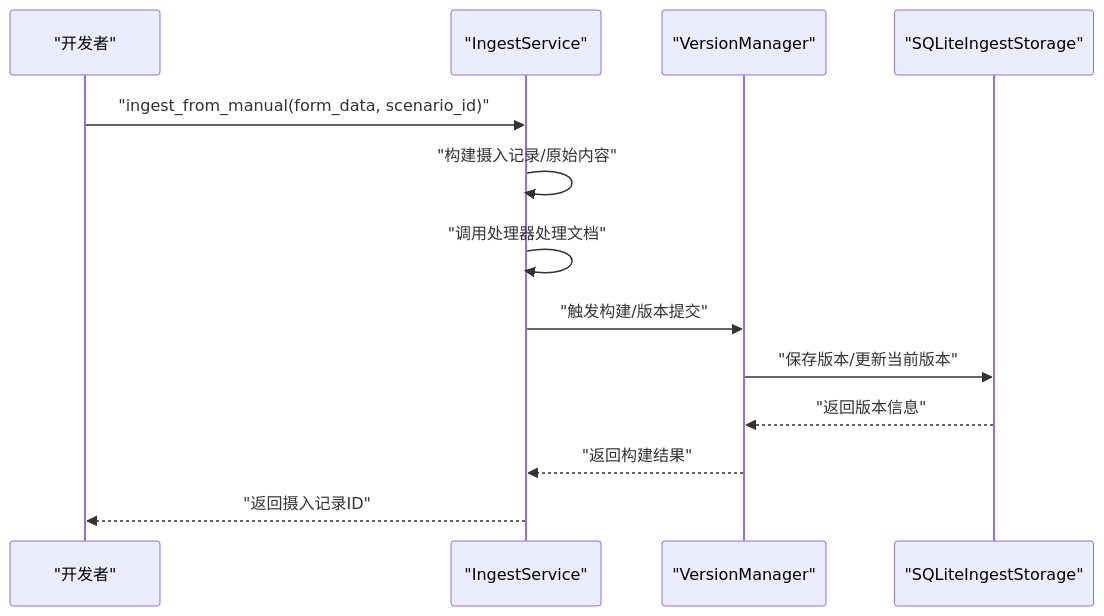
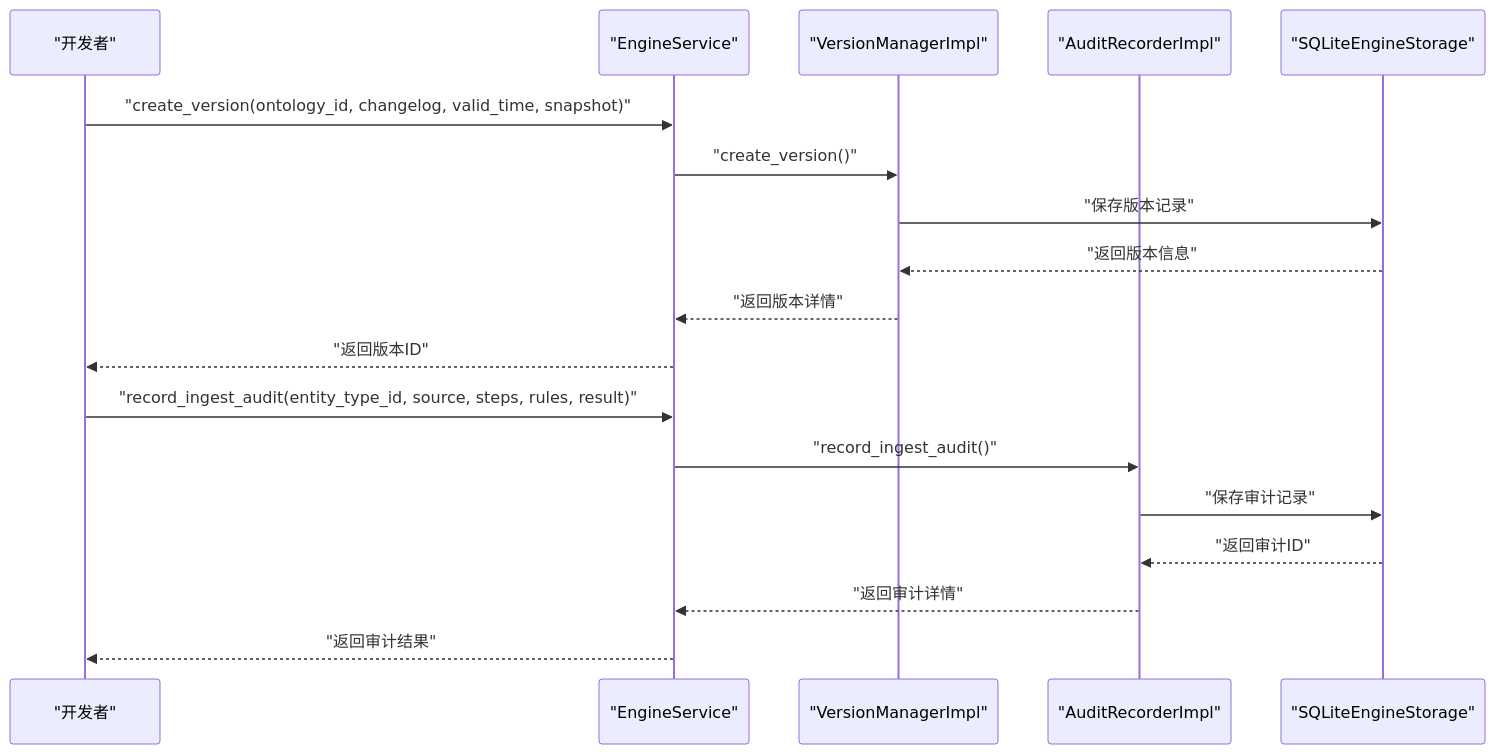
The seventh of 9 diagrams in .qoder/repowiki/zh/content/项目概述/核心特性/OMS元模型框架/本体文档管理.md (inier/ontology-graphiti), drawn with Mermaid before and after one commit. The commit also changed other lines of this file and 56 other files, not shown here.

````diff
--- a/.qoder/repowiki/zh/content/项目概述/核心特性/OMS元模型框架/本体文档管理.md
+++ b/.qoder/repowiki/zh/content/项目概述/核心特性/OMS元模型框架/本体文档管理.md
@@ -364,15 +495,20 @@
 ```mermaid
 sequenceDiagram
 participant Dev as "开发者"
-participant IS as "IngestService"
-participant VS as "VersionManager"
-participant Store as "SQLiteIngestStorage"
-Dev->>IS : "ingest_from_manual(form_data, scenario_id)"
-IS->>IS : "构建摄入记录/原始内容"
-IS->>IS : "调用处理器处理文档"
-IS->>VS : "触发构建/版本提交"
-VS->>Store : "保存版本/更新当前版本"
-Store-->>VS : "返回版本信息"
-VS-->>IS : "返回构建结果"
-IS-->>Dev : "返回摄入记录ID"
+participant ES as "EngineService"
+participant VMI as "VersionManagerImpl"
+participant AR as "AuditRecorderImpl"
+participant Store as "SQLiteEngineStorage"
+Dev->>ES : "create_version(ontology_id, changelog, valid_time, snapshot)"
+ES->>VMI : "create_version()"
+VMI->>Store : "保存版本记录"
+Store-->>VMI : "返回版本信息"
+VMI-->>ES : "返回版本详情"
+ES-->>Dev : "返回版本ID"
+Dev->>ES : "record_ingest_audit(entity_type_id, source, steps, rules, result)"
+ES->>AR : "record_ingest_audit()"
+AR->>Store : "保存审计记录"
+Store-->>AR : "返回审计ID"
+AR-->>ES : "返回审计详情"
+ES-->>Dev : "返回审计结果"
 ```
````
